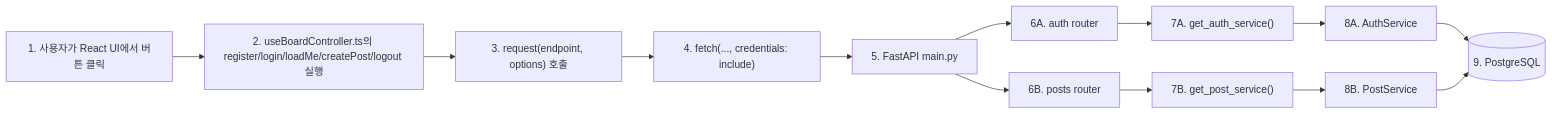
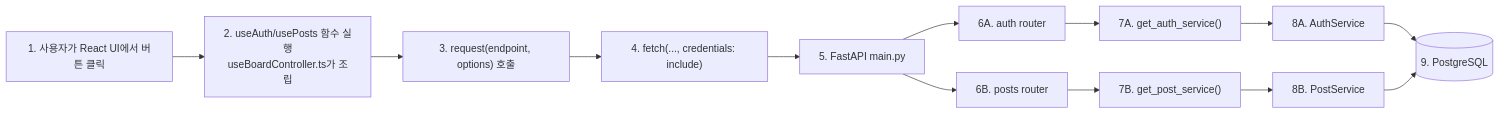
One commit to JUNGLE-TEAM1/W16_team_sprint changed the third of 10 diagrams in docs2/sprint-2/implementation-record.md. Above: the diagram before and after it, drawn with Mermaid. The commit also changed other lines of this file and 7 other files, not shown here.

````diff
--- a/docs2/sprint-2/implementation-record.md
+++ b/docs2/sprint-2/implementation-record.md
@@ -171,15 +191,15 @@
 ```mermaid
 flowchart LR
-    A1["1. 사용자가 React UI에서 버튼 클릭"] --> A2["2. useBoardController.ts의 register/login/loadMe/createPost/logout 실행"]
+    A1["1. 사용자가 React UI에서 버튼 클릭"] --> A2["2. useAuth/usePosts 함수 실행<br/>useBoardController.ts가 조립"]
     A2 --> A3["3. request(endpoint, options) 호출"]
     A3 --> A4["4. fetch(..., credentials: include)"]
     A4 --> A5["5. FastAPI main.py"]
     A5 --> A6["6A. auth router"]
     A5 --> A7["6B. posts router"]
     A6 --> A8["7A. get_auth_service()"]
     A7 --> A9["7B. get_post_service()"]
     A8 --> A10["8A. AuthService"]
     A9 --> A11["8B. PostService"]
     A10 --> A12[("9. PostgreSQL")]
     A11 --> A12
 ```
````
